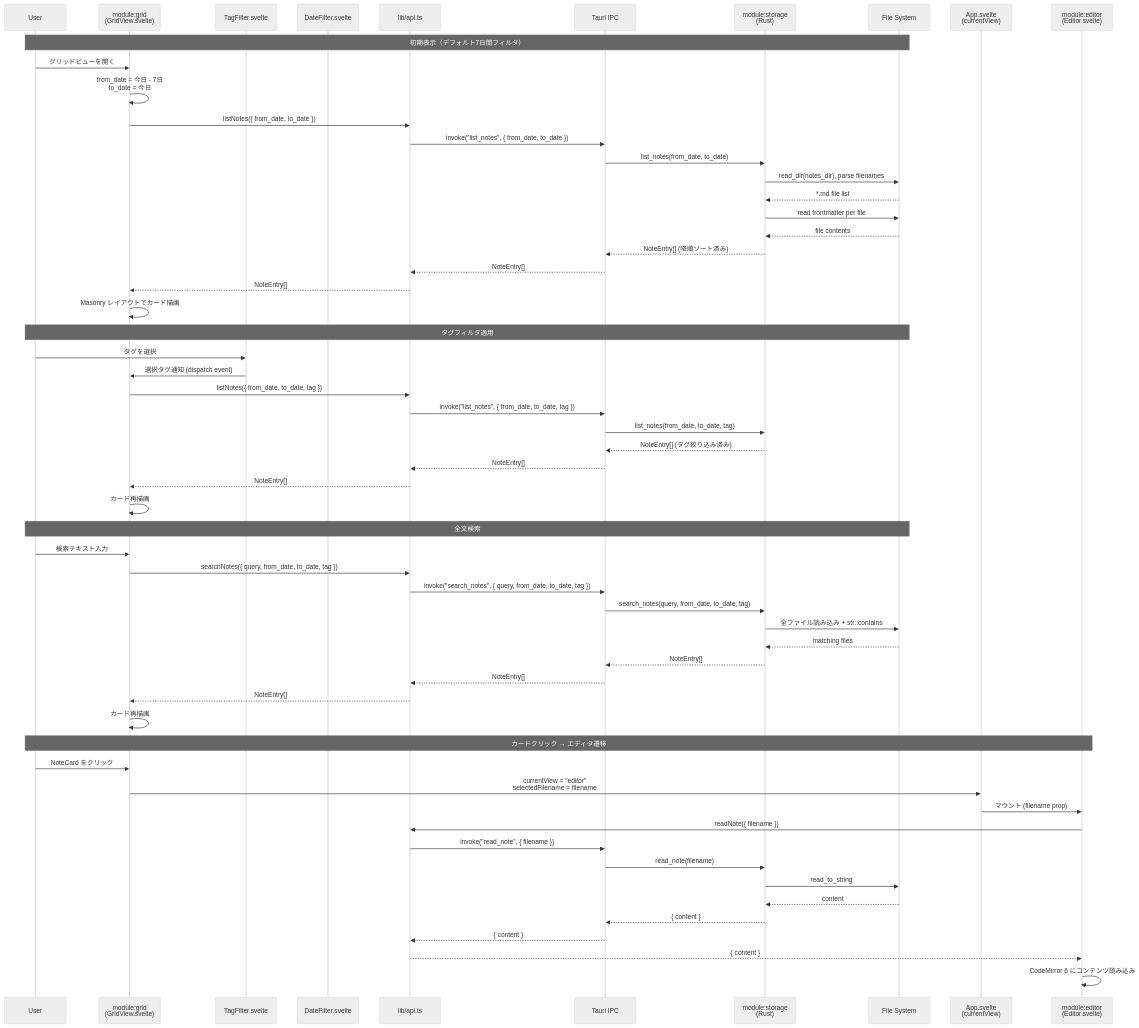
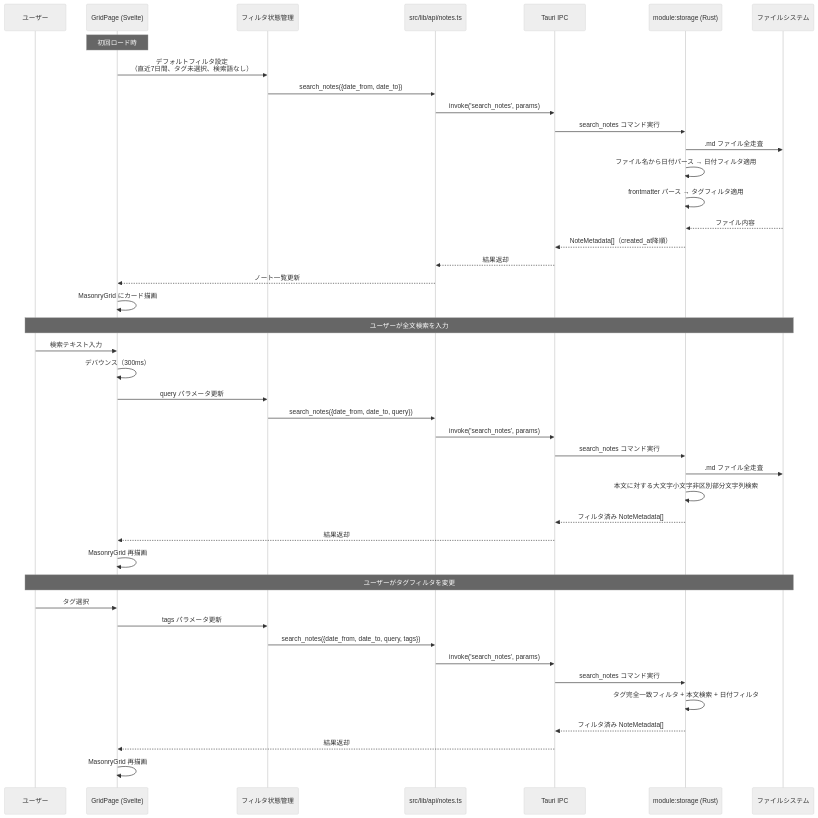
The second of 4 diagrams in docs/detailed_design/grid_search_design.md (dev-komenzar/prompt-notes), drawn with Mermaid (neutral theme) before and after one commit. The commit also changed other lines of this file and 3 other files, not shown here.

````diff
--- a/docs/detailed_design/grid_search_design.md
+++ b/docs/detailed_design/grid_search_design.md
@@ -85,65 +116,48 @@
 ```mermaid
 sequenceDiagram
-    participant User
-    participant GridView as module:grid<br/>(GridView.svelte)
-    participant TagFilter as TagFilter.svelte
-    participant DateFilter as DateFilter.svelte
-    participant Api as lib/api.ts
+    participant User as ユーザー
+    participant FE as GridPage (Svelte)
+    participant Filter as フィルタ状態管理
+    participant API as src/lib/api/notes.ts
     participant IPC as Tauri IPC
-    participant Storage as module:storage<br/>(Rust)
-    participant FS as File System
-    participant App as App.svelte<br/>(currentView)
-    participant Editor as module:editor<br/>(Editor.svelte)
+    participant RS as module:storage (Rust)
+    participant FS as ファイルシステム
 
-    Note over User,FS: 初期表示（デフォルト7日間フィルタ）
-    User->>GridView: グリッドビューを開く
-    GridView->>GridView: from_date = 今日 - 7日<br/>to_date = 今日
-    GridView->>Api: listNotes({ from_date, to_date })
-    Api->>IPC: invoke("list_notes", { from_date, to_date })
-    IPC->>Storage: list_notes(from_date, to_date)
-    Storage->>FS: read_dir(notes_dir), parse filenames
-    FS-->>Storage: *.md file list
-    Storage->>FS: read frontmatter per file
-    FS-->>Storage: file contents
-    Storage-->>IPC: NoteEntry[] (降順ソート済み)
-    IPC-->>Api: NoteEntry[]
-    Api-->>GridView: NoteEntry[]
-    GridView->>GridView: Masonry レイアウトでカード描画
+    Note over FE: 初回ロード時
+    FE->>Filter: デフォルトフィルタ設定<br/>（直近7日間、タグ未選択、検索語なし）
+    Filter->>API: search_notes({date_from, date_to})
+    API->>IPC: invoke('search_notes', params)
+    IPC->>RS: search_notes コマンド実行
+    RS->>FS: .md ファイル全走査
+    RS->>RS: ファイル名から日付パース → 日付フィルタ適用
+    RS->>RS: frontmatter パース → タグフィルタ適用
+    FS-->>RS: ファイル内容
+    RS-->>IPC: NoteMetadata[]（created_at降順）
+    IPC-->>API: 結果返却
+    API-->>FE: ノート一覧更新
+    FE->>FE: MasonryGrid にカード描画
 
-    Note over User,FS: タグフィルタ適用
-    User->>TagFilter: タグを選択
-    TagFilter->>GridView: 選択タグ通知 (dispatch event)
-    GridView->>Api: listNotes({ from_date, to_date, tag })
-    Api->>IPC: invoke("list_notes", { from_date, to_date, tag })
-    IPC->>Storage: list_notes(from_date, to_date, tag)
-    Storage-->>IPC: NoteEntry[] (タグ絞り込み済み)
-    IPC-->>Api: NoteEntry[]
-    Api-->>GridView: NoteEntry[]
-    GridView->>GridView: カード再描画
+    Note over User,FS: ユーザーが全文検索を入力
+    User->>FE: 検索テキスト入力
+    FE->>FE: デバウンス（300ms）
+    FE->>Filter: query パラメータ更新
+    Filter->>API: search_notes({date_from, date_to, query})
+    API->>IPC: invoke('search_notes', params)
+    IPC->>RS: search_notes コマンド実行
+    RS->>FS: .md ファイル全走査
+    RS->>RS: 本文に対する大文字小文字非区別部分文字列検索
+    RS-->>IPC: フィルタ済み NoteMetadata[]
+    IPC-->>FE: 結果返却
+    FE->>FE: MasonryGrid 再描画
 
-    Note over User,FS: 全文検索
-    User->>GridView: 検索テキスト入力
-    GridView->>Api: searchNotes({ query, from_date, to_date, tag })
-    Api->>IPC: invoke("search_notes", { query, from_date, to_date, tag })
-    IPC->>Storage: search_notes(query, from_date, to_date, tag)
-    Storage->>FS: 全ファイル読み込み + str::contains
-    FS-->>Storage: matching files
-    Storage-->>IPC: NoteEntry[]
-    IPC-->>Api: NoteEntry[]
-    Api-->>GridView: NoteEntry[]
-    GridView->>GridView: カード再描画
-
-    Note over User,Editor: カードクリック → エディタ遷移
-    User->>GridView: NoteCard をクリック
-    GridView->>App: currentView = "editor"<br/>selectedFilename = filename
-    App->>Editor: マウント (filename prop)
-    Editor->>Api: readNote({ filename })
-    Api->>IPC: invoke("read_note", { filename })
-    IPC->>Storage: read_note(filename)
-    Storage->>FS: read_to_string
-    FS-->>Storage: content
-    Storage-->>IPC: { content }
-    IPC-->>Api: { content }
-    Api-->>Editor: { content }
-    Editor->>Editor: CodeMirror 6 にコンテンツ読み込み
+    Note over User,FS: ユーザーがタグフィルタを変更
+    User->>FE: タグ選択
+    FE->>Filter: tags パラメータ更新
+    Filter->>API: search_notes({date_from, date_to, query, tags})
+    API->>IPC: invoke('search_notes', params)
+    IPC->>RS: search_notes コマンド実行
+    RS->>RS: タグ完全一致フィルタ + 本文検索 + 日付フィルタ
+    RS-->>IPC: フィルタ済み NoteMetadata[]
+    IPC-->>FE: 結果返却
+    FE->>FE: MasonryGrid 再描画
 ```
````
